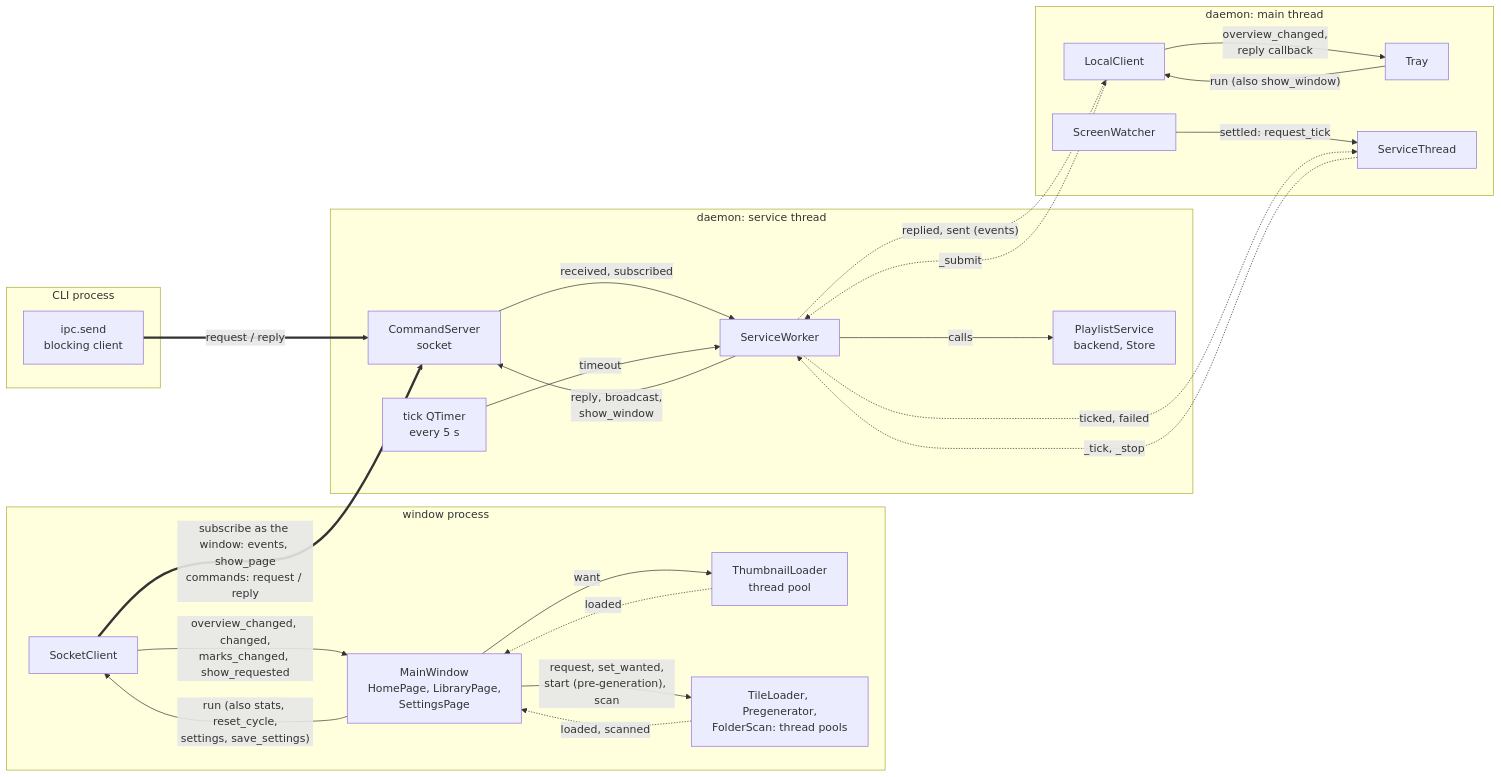
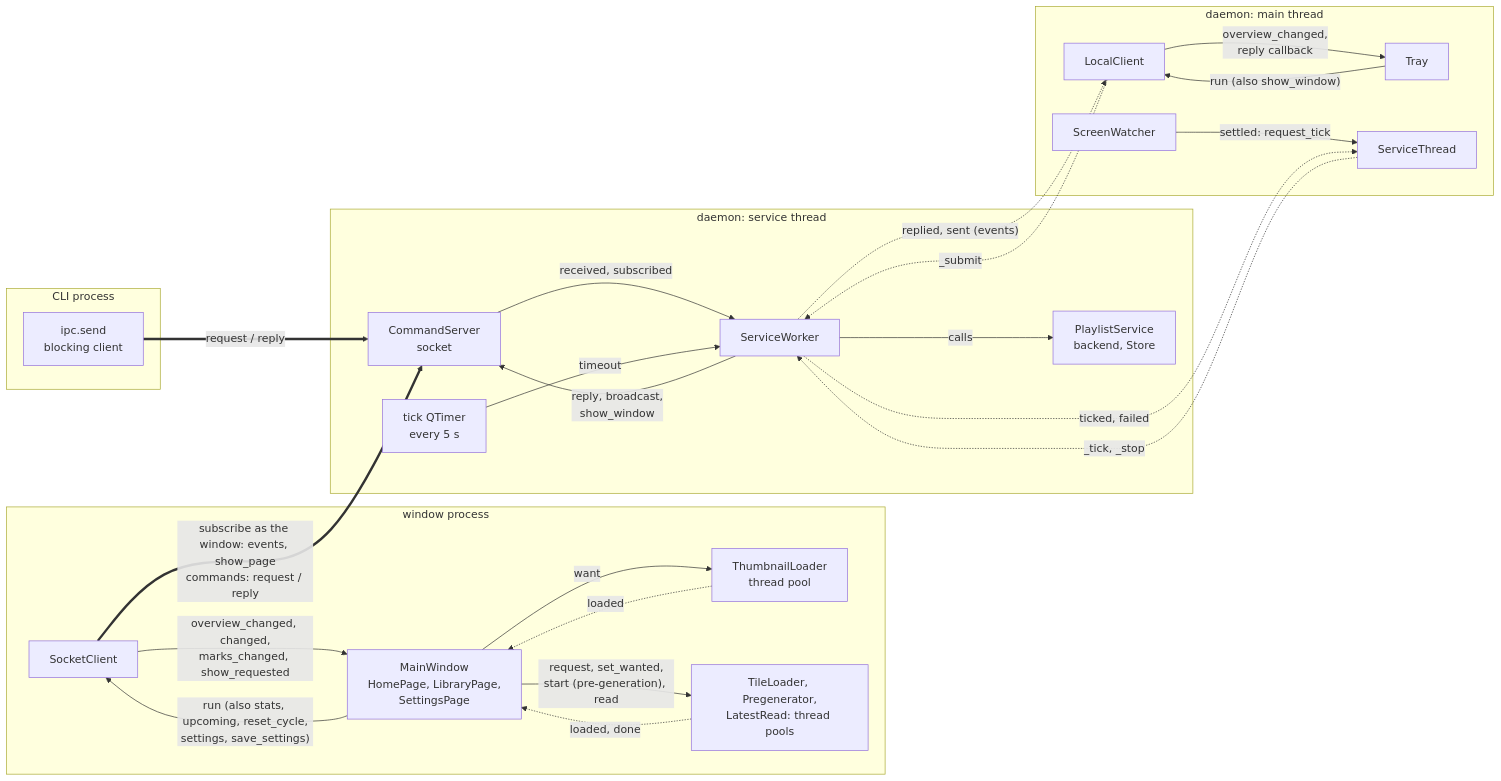
One commit to cheshire0xff/wallpaper_py changed the first of 11 diagrams in docs/app-wiring.md. Above: the diagram before and after it, drawn with Mermaid. The commit also changed other lines of this file and 25 other files, not shown here.

````diff
--- a/docs/app-wiring.md
+++ b/docs/app-wiring.md
@@ -31,44 +31,44 @@
 ```mermaid
 flowchart LR
     subgraph CLI["CLI process"]
         send["ipc.send<br/>blocking client"]
     end
     subgraph UIP["window process"]
         client["SocketClient"]
         windows["MainWindow<br/>HomePage, LibraryPage,<br/>SettingsPage"]
         thumbs["ThumbnailLoader<br/>thread pool"]
-        tiles["TileLoader, Pregenerator,<br/>FolderScan: thread pools"]
+        tiles["TileLoader, Pregenerator,<br/>LatestRead: thread pools"]
     end
     subgraph UI["daemon: main thread"]
         tray["Tray"]
         screens["ScreenWatcher"]
         local["LocalClient"]
         host["ServiceThread"]
     end
     subgraph SVC["daemon: service thread"]
         server["CommandServer<br/>socket"]
         timer["tick QTimer<br/>every 5 s"]
         worker["ServiceWorker"]
         service["PlaylistService<br/>backend, Store"]
     end
 
     send ==>|"request / reply"| server
     client ==>|"subscribe as the window: events, show_page<br/>commands: request / reply"| server
     client -->|"overview_changed, changed,<br/>marks_changed, show_requested"| windows
-    windows -->|"run (also stats, reset_cycle,<br/>settings, save_settings)"| client
+    windows -->|"run (also stats, upcoming, reset_cycle,<br/>settings, save_settings)"| client
     windows -->|"want"| thumbs
     thumbs -.->|"loaded"| windows
-    windows -->|"request, set_wanted,<br/>start (pre-generation), scan"| tiles
-    tiles -.->|"loaded, scanned"| windows
+    windows -->|"request, set_wanted,<br/>start (pre-generation), read"| tiles
+    tiles -.->|"loaded, done"| windows
     server -->|"received, subscribed"| worker
     worker -->|"reply, broadcast,<br/>show_window"| server
     tray -->|"run (also show_window)"| local
     local -->|"overview_changed,<br/>reply callback"| tray
     local -.->|"_submit"| worker
     worker -.->|"replied, sent (events)"| local
     screens -->|"settled: request_tick"| host
     host -.->|"_tick, _stop"| worker
     timer -->|"timeout"| worker
     worker -->|"calls"| service
     worker -.->|"ticked, failed"| host
 ```
````
